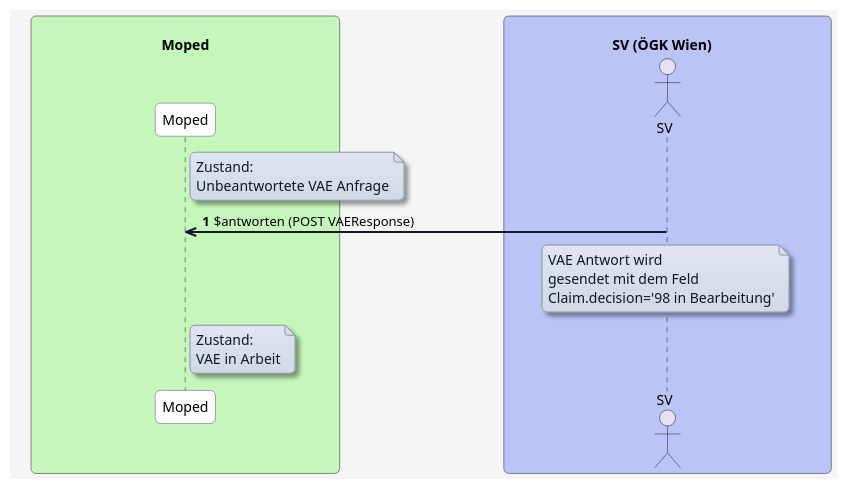
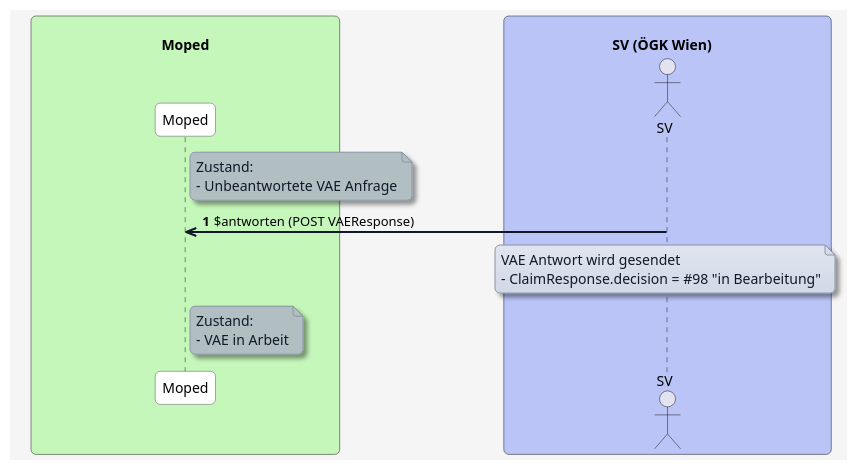
The diagram in input/images-source/antworten-in-arbeit.plantuml (HL7Austria/ELGA-MOPED-R5), drawn with PlantUML before and after one commit. The commit also changed 8 other files, not shown here.

```diff
--- a/input/images-source/antworten-in-arbeit.plantuml
+++ b/input/images-source/antworten-in-arbeit.plantuml
@@ -1,64 +1,67 @@
 @startuml
 skinparam borderColor #000000
 skinparam backgroundColor #f5f5f5
 skinparam shadowing false
 skinparam roundCorner 10
 skinparam defaultFontName "Arial"
 skinparam defaultFontSize 14
 skinparam defaultFontColor #000000
 
 skinparam note {
   BackgroundColor #e0e5f0-#d1d9e6
   BorderColor #8b95a5
   BorderThickness 1
   RoundCorner 8
   Padding 6
   FontColor #111827
   Shadowing true
 }
 
 skinparam HyperlinkColor #0000EE
 skinparam HyperlinkUnderline false
 
 skinparam sequence {
   ParticipantBorderColor #555555
   ParticipantBackgroundColor #ffffff
   ParticipantFontColor #000000
   ParticipantFontSize 14
   ParticipantPadding 20
   ArrowColor #111827
   ArrowThickness 2
   ArrowFontColor #000000
   ArrowFontSize 13
   GroupBorderColor #111827
   GroupBackgroundColor #f3f4f6
   GroupBorderThickness 1
 }
 
 skinparam BoxPadding 20
 skinparam BoxBorderColor #555555
 
 box "\n                                   Moped                                   " #c5f7ba
   participant MP as "Moped"
 end box
 
 box "\n                             SV (ÖGK Wien)                                " #bac4f7
   actor SV as "SV"
 end box
 
 autonumber
 
-note right of MP
+note right of MP #b2bfc2
 Zustand:
-Unbeantwortete VAE Anfrage
+- Unbeantwortete VAE Anfrage
 end note
 
 SV ->> MP: $antworten (POST VAEResponse)
-Note over SV: VAE Antwort wird\ngesendet mit dem Feld \nClaim.decision='98 in Bearbeitung'
+note over SV
+VAE Antwort wird gesendet
+- ClaimResponse.decision = #98 "in Bearbeitung"
+end note
 
-note right of MP
+note right of MP #b2bfc2
 Zustand:
-VAE in Arbeit
+- VAE in Arbeit
 end note
 
 @enduml
```
